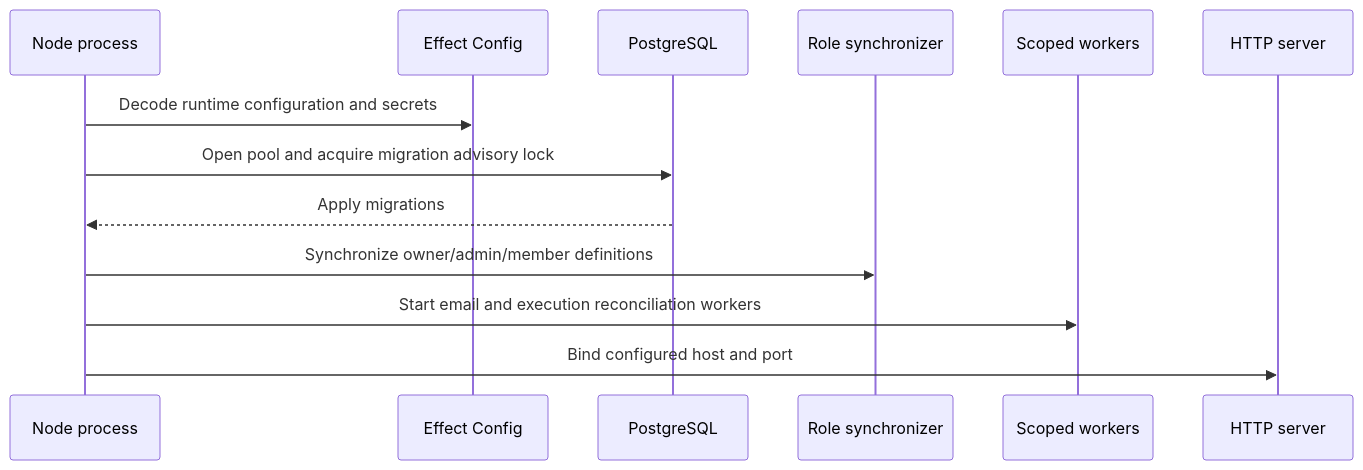
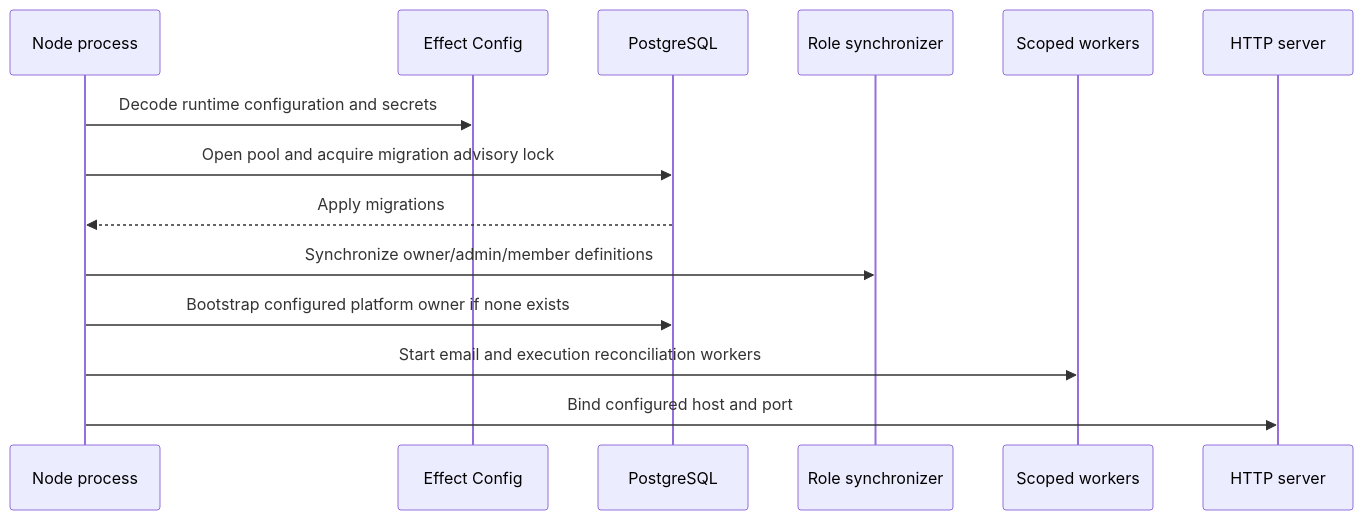
The diagram in architecture/platform/runtime.md (thenamespace/namera), drawn with Mermaid before and after one commit. The commit also changed other lines of this file and 10 other files, not shown here.

Commit message:
feat(admin): bootstrap owner from server environment

````diff
--- a/architecture/platform/runtime.md
+++ b/architecture/platform/runtime.md
@@ -9,16 +9,17 @@
 ```mermaid
 sequenceDiagram
   participant Process as Node process
   participant Config as Effect Config
   participant DB as PostgreSQL
   participant Roles as Role synchronizer
   participant Workers as Scoped workers
   participant HTTP as HTTP server
 
   Process->>Config: Decode runtime configuration and secrets
   Process->>DB: Open pool and acquire migration advisory lock
   DB-->>Process: Apply migrations
   Process->>Roles: Synchronize owner/admin/member definitions
+  Process->>DB: Bootstrap configured platform owner if none exists
   Process->>Workers: Start email and execution reconciliation workers
   Process->>HTTP: Bind configured host and port
 ```
````
